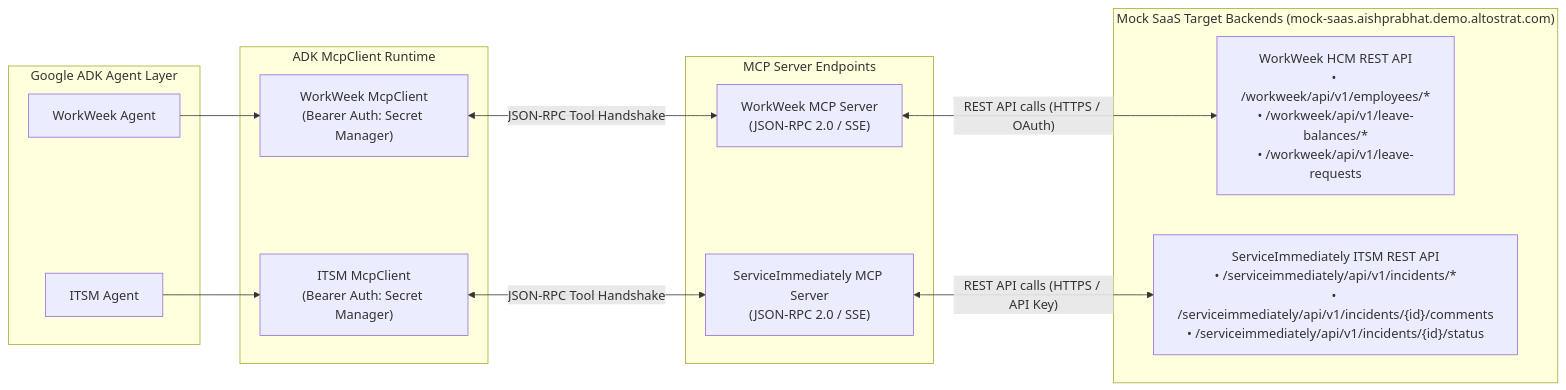
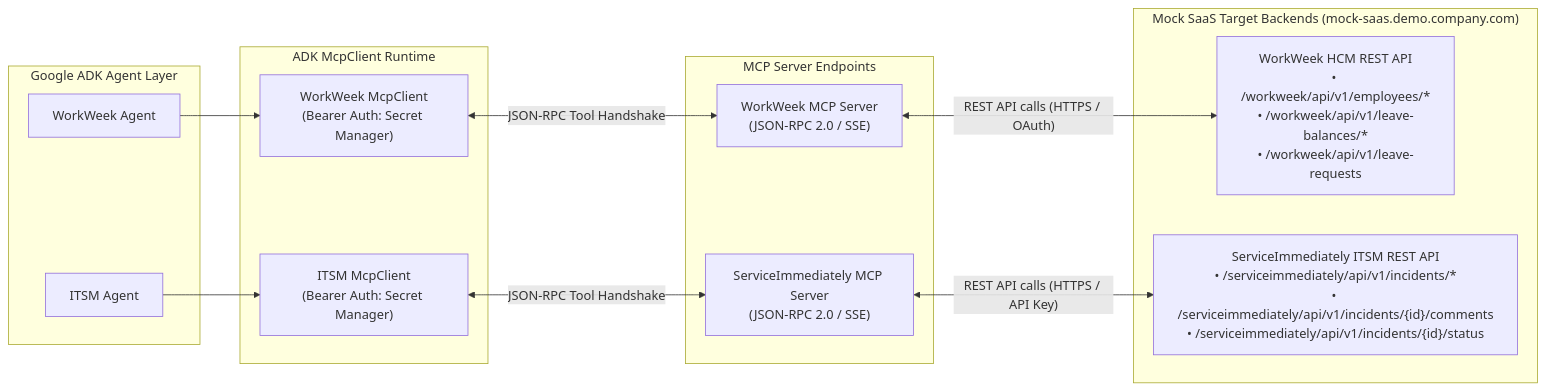
The tenth of 12 diagrams in docs/ex_sdd.md (Jhko0404/GECX-Realtime-Voice-Streaming), drawn with Mermaid before and after one commit. The commit also changed other lines of this file and 18 other files, not shown here.

````diff
--- a/docs/ex_sdd.md
+++ b/docs/ex_sdd.md
@@ -718,29 +718,29 @@
 ```mermaid
 flowchart LR
     subgraph ADK_AgentTier["Google ADK Agent Layer"]
         WWAgent["WorkWeek Agent"]
         ITSMAgent["ITSM Agent"]
     end
 
     subgraph MCP_ClientTier["ADK McpClient Runtime"]
         WWMcpClient["WorkWeek McpClient<br>(Bearer Auth: Secret Manager)"]
         ITSMMcpClient["ITSM McpClient<br>(Bearer Auth: Secret Manager)"]
     end
 
     subgraph MCP_ServerTier["MCP Server Endpoints"]
         WWMcpServer["WorkWeek MCP Server<br>(JSON-RPC 2.0 / SSE)"]
         ITSMMcpServer["ServiceImmediately MCP Server<br>(JSON-RPC 2.0 / SSE)"]
     end
 
-    subgraph MockSaaSTier["Mock SaaS Target Backends (mock-saas.aishprabhat.demo.altostrat.com)"]
+    subgraph MockSaaSTier["Mock SaaS Target Backends (mock-saas.demo.company.com)"]
         WorkWeekREST["WorkWeek HCM REST API<br>• /workweek/api/v1/employees/*<br>• /workweek/api/v1/leave-balances/*<br>• /workweek/api/v1/leave-requests"]
         ITSMREST["ServiceImmediately ITSM REST API<br>• /serviceimmediately/api/v1/incidents/*<br>• /serviceimmediately/api/v1/incidents/{id}/comments<br>• /serviceimmediately/api/v1/incidents/{id}/status"]
     end
 
     WWAgent --> WWMcpClient
     ITSMAgent --> ITSMMcpClient
     WWMcpClient <-->|"JSON-RPC Tool Handshake"| WWMcpServer
     ITSMMcpClient <-->|"JSON-RPC Tool Handshake"| ITSMMcpServer
     WWMcpServer <-->|"REST API calls (HTTPS / OAuth)"| WorkWeekREST
     ITSMMcpServer <-->|"REST API calls (HTTPS / API Key)"| ITSMREST
 ```
````
